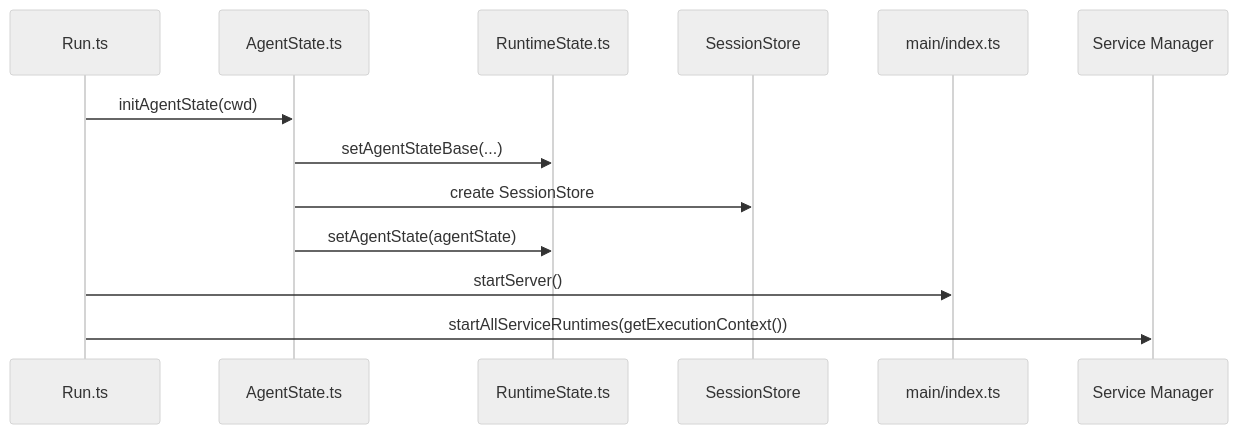
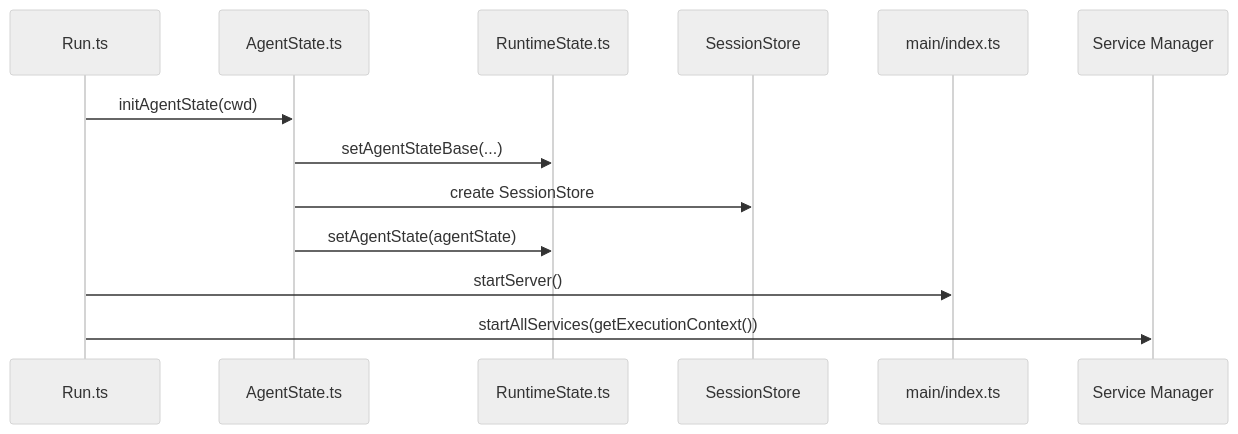
The third of 3 diagrams in devdocs/agent-and-session.md (wangenius/downcity), drawn with Mermaid (neutral theme) before and after one commit. The commit also changed other lines of this file and 123 other files, not shown here.

````diff
--- a/devdocs/agent-and-session.md
+++ b/devdocs/agent-and-session.md
@@ -164,16 +163,16 @@
 ```mermaid
 sequenceDiagram
   participant CMD as Run.ts
   participant AGENT as AgentState.ts
   participant STATE as RuntimeState.ts
   participant SESS as SessionStore
   participant HTTP as main/index.ts
   participant SVC as Service Manager
 
   CMD->>AGENT: initAgentState(cwd)
   AGENT->>STATE: setAgentStateBase(...)
   AGENT->>SESS: create SessionStore
   AGENT->>STATE: setAgentState(agentState)
   CMD->>HTTP: startServer()
-  CMD->>SVC: startAllServiceRuntimes(getExecutionContext())
+  CMD->>SVC: startAllServices(getExecutionContext())
 ```
````
